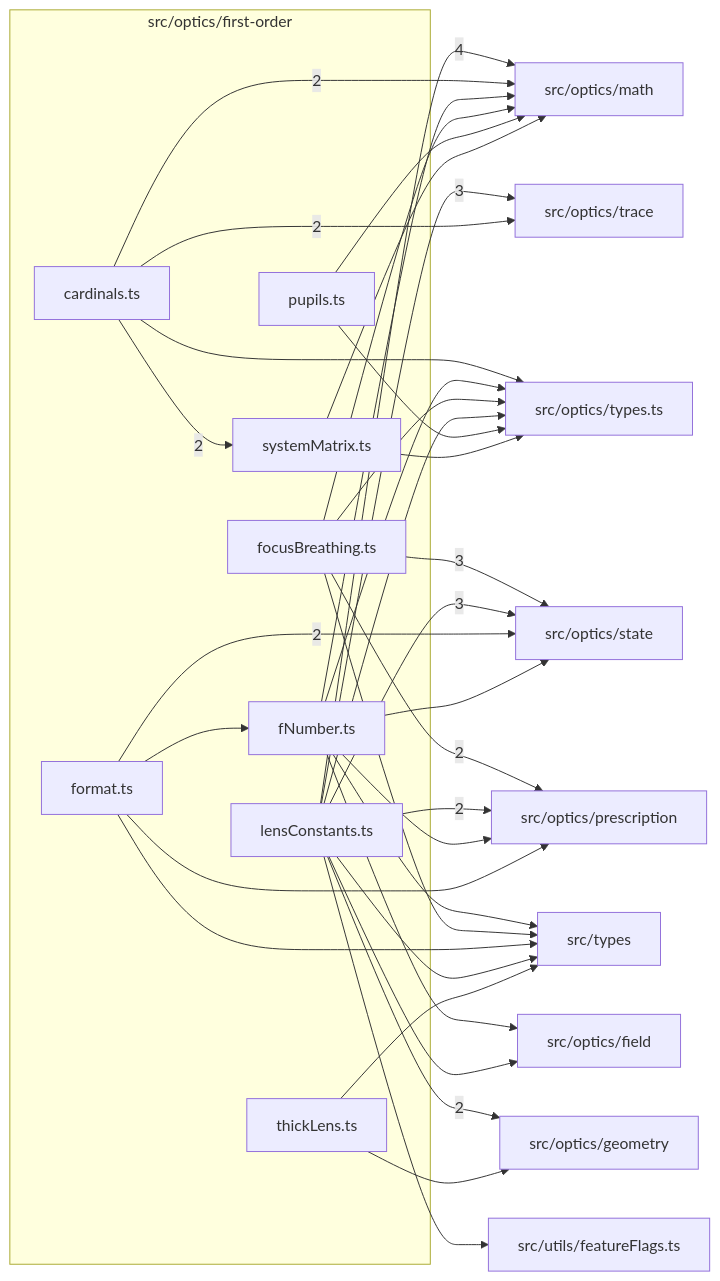
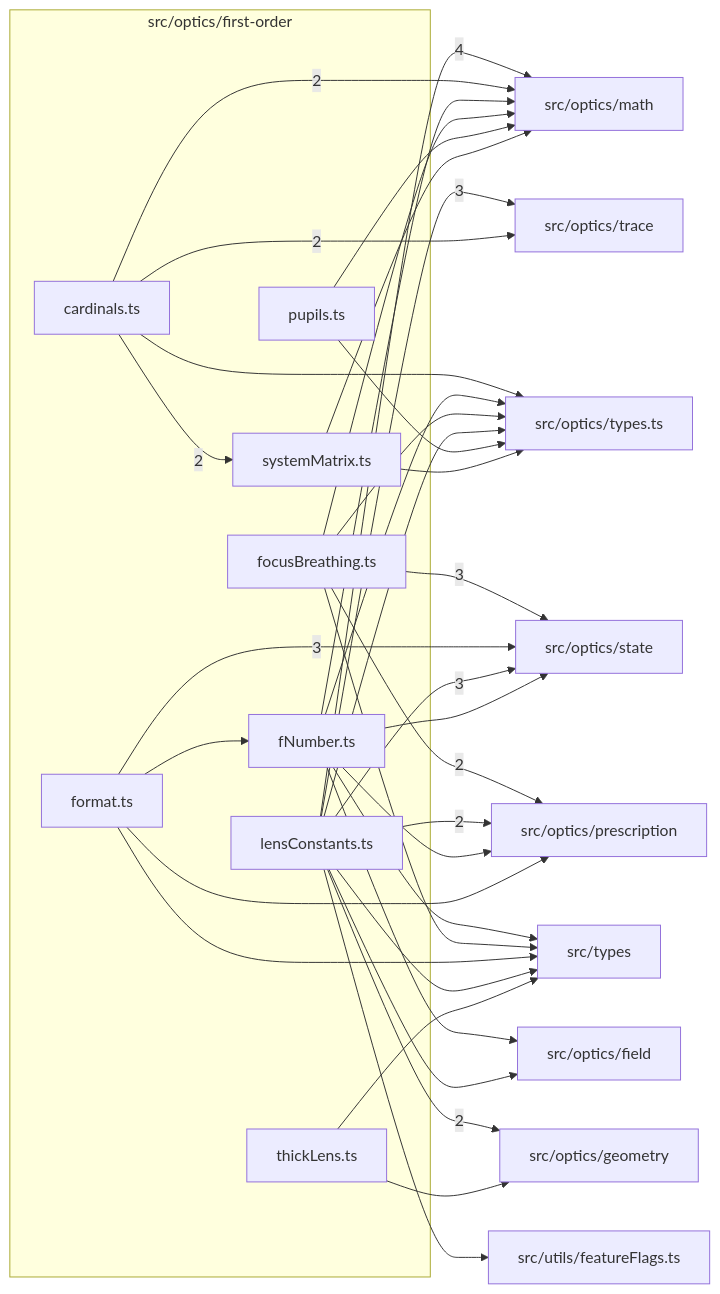
Before and after one commit to ronbuening/LensVisualizer: the diagram in src/optics/first-order/readme.md, drawn with Mermaid. The commit also changed other lines of this file and 299 other files, not shown here.

````diff
--- a/src/optics/first-order/readme.md
+++ b/src/optics/first-order/readme.md
@@ -9,56 +9,56 @@
 ```mermaid
 flowchart LR
   subgraph n_src_optics_first_order["src/optics/first-order"]
     n_src_optics_first_order_src_optics_first_order_cardinals_ts["cardinals.ts"]
     n_src_optics_first_order_src_optics_first_order_fNumber_ts["fNumber.ts"]
     n_src_optics_first_order_src_optics_first_order_focusBreathing_ts["focusBreathing.ts"]
     n_src_optics_first_order_src_optics_first_order_format_ts["format.ts"]
     n_src_optics_first_order_src_optics_first_order_lensConstants_ts["lensConstants.ts"]
     n_src_optics_first_order_src_optics_first_order_pupils_ts["pupils.ts"]
     n_src_optics_first_order_src_optics_first_order_systemMatrix_ts["systemMatrix.ts"]
     n_src_optics_first_order_src_optics_first_order_thickLens_ts["thickLens.ts"]
   end
   n_external_src_optics_math["src/optics/math"]
   n_external_src_optics_state["src/optics/state"]
   n_external_src_optics_trace["src/optics/trace"]
   n_external_src_optics_geometry["src/optics/geometry"]
   n_external_src_optics_prescription["src/optics/prescription"]
   n_external_src_optics_field["src/optics/field"]
   n_external_src_optics_types_ts["src/optics/types.ts"]
   n_external_src_types["src/types"]
   n_external_src_utils_featureFlags_ts["src/utils/featureFlags.ts"]
   n_src_optics_first_order_src_optics_first_order_lensConstants_ts --> |4| n_external_src_optics_math
   n_src_optics_first_order_src_optics_first_order_focusBreathing_ts --> |3| n_external_src_optics_state
+  n_src_optics_first_order_src_optics_first_order_format_ts --> |3| n_external_src_optics_state
   n_src_optics_first_order_src_optics_first_order_lensConstants_ts --> |3| n_external_src_optics_state
   n_src_optics_first_order_src_optics_first_order_lensConstants_ts --> |3| n_external_src_optics_trace
   n_src_optics_first_order_src_optics_first_order_lensConstants_ts --> |2| n_external_src_optics_geometry
   n_src_optics_first_order_src_optics_first_order_cardinals_ts --> |2| n_external_src_optics_math
   n_src_optics_first_order_src_optics_first_order_focusBreathing_ts --> |2| n_external_src_optics_prescription
   n_src_optics_first_order_src_optics_first_order_lensConstants_ts --> |2| n_external_src_optics_prescription
-  n_src_optics_first_order_src_optics_first_order_format_ts --> |2| n_external_src_optics_state
   n_src_optics_first_order_src_optics_first_order_cardinals_ts --> |2| n_external_src_optics_trace
   n_src_optics_first_order_src_optics_first_order_cardinals_ts --> |2| n_src_optics_first_order_src_optics_first_order_systemMatrix_ts
   n_src_optics_first_order_src_optics_first_order_fNumber_ts --> n_external_src_optics_field
   n_src_optics_first_order_src_optics_first_order_lensConstants_ts --> n_external_src_optics_field
   n_src_optics_first_order_src_optics_first_order_thickLens_ts --> n_external_src_optics_geometry
   n_src_optics_first_order_src_optics_first_order_fNumber_ts --> n_external_src_optics_math
   n_src_optics_first_order_src_optics_first_order_focusBreathing_ts --> n_external_src_optics_math
   n_src_optics_first_order_src_optics_first_order_pupils_ts --> n_external_src_optics_math
   n_src_optics_first_order_src_optics_first_order_systemMatrix_ts --> n_external_src_optics_math
   n_src_optics_first_order_src_optics_first_order_fNumber_ts --> n_external_src_optics_prescription
   n_src_optics_first_order_src_optics_first_order_format_ts --> n_external_src_optics_prescription
   n_src_optics_first_order_src_optics_first_order_fNumber_ts --> n_external_src_optics_state
   n_src_optics_first_order_src_optics_first_order_cardinals_ts --> n_external_src_optics_types_ts
   n_src_optics_first_order_src_optics_first_order_fNumber_ts --> n_external_src_optics_types_ts
   n_src_optics_first_order_src_optics_first_order_focusBreathing_ts --> n_external_src_optics_types_ts
   n_src_optics_first_order_src_optics_first_order_lensConstants_ts --> n_external_src_optics_types_ts
   n_src_optics_first_order_src_optics_first_order_pupils_ts --> n_external_src_optics_types_ts
   n_src_optics_first_order_src_optics_first_order_systemMatrix_ts --> n_external_src_optics_types_ts
   n_src_optics_first_order_src_optics_first_order_fNumber_ts --> n_external_src_types
   n_src_optics_first_order_src_optics_first_order_focusBreathing_ts --> n_external_src_types
   n_src_optics_first_order_src_optics_first_order_format_ts --> n_external_src_types
   n_src_optics_first_order_src_optics_first_order_lensConstants_ts --> n_external_src_types
   n_src_optics_first_order_src_optics_first_order_thickLens_ts --> n_external_src_types
   n_src_optics_first_order_src_optics_first_order_lensConstants_ts --> n_external_src_utils_featureFlags_ts
   n_src_optics_first_order_src_optics_first_order_format_ts --> n_src_optics_first_order_src_optics_first_order_fNumber_ts
 ```
````
